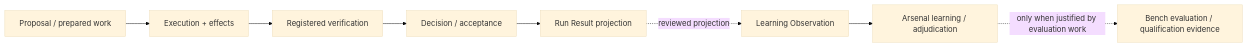
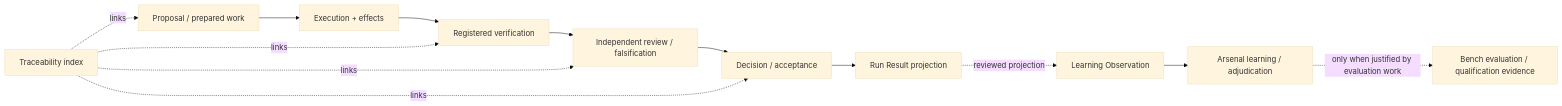
The diagram in docs/architecture/evidence-flow.md (jenksed/invariant-system), drawn with Mermaid (base theme) before and after one commit. The commit also changed other lines of this file and 21 other files, not shown here.

Commit message:
docs: align process, traceability, and workbench roadmap

````diff
--- a/docs/architecture/evidence-flow.md
+++ b/docs/architecture/evidence-flow.md
@@ -16,16 +17,23 @@
 ```mermaid
 flowchart LR
     P[Proposal / prepared work]
     X[Execution + effects]
     V[Registered verification]
+    Q[Independent review / falsification]
     D[Decision / acceptance]
     RR[Run Result projection]
     LO[Learning Observation]
     AR[Arsenal learning / adjudication]
     BE[Bench evaluation / qualification evidence]
+    TR[Traceability index]
 
-    P --> X --> V --> D --> RR
+    P --> X --> V --> Q --> D --> RR
     RR -. reviewed projection .-> LO
     LO --> AR
     AR -. only when justified by evaluation work .-> BE
+
+    TR -. links .-> P
+    TR -. links .-> V
+    TR -. links .-> Q
+    TR -. links .-> D
 ```
````
